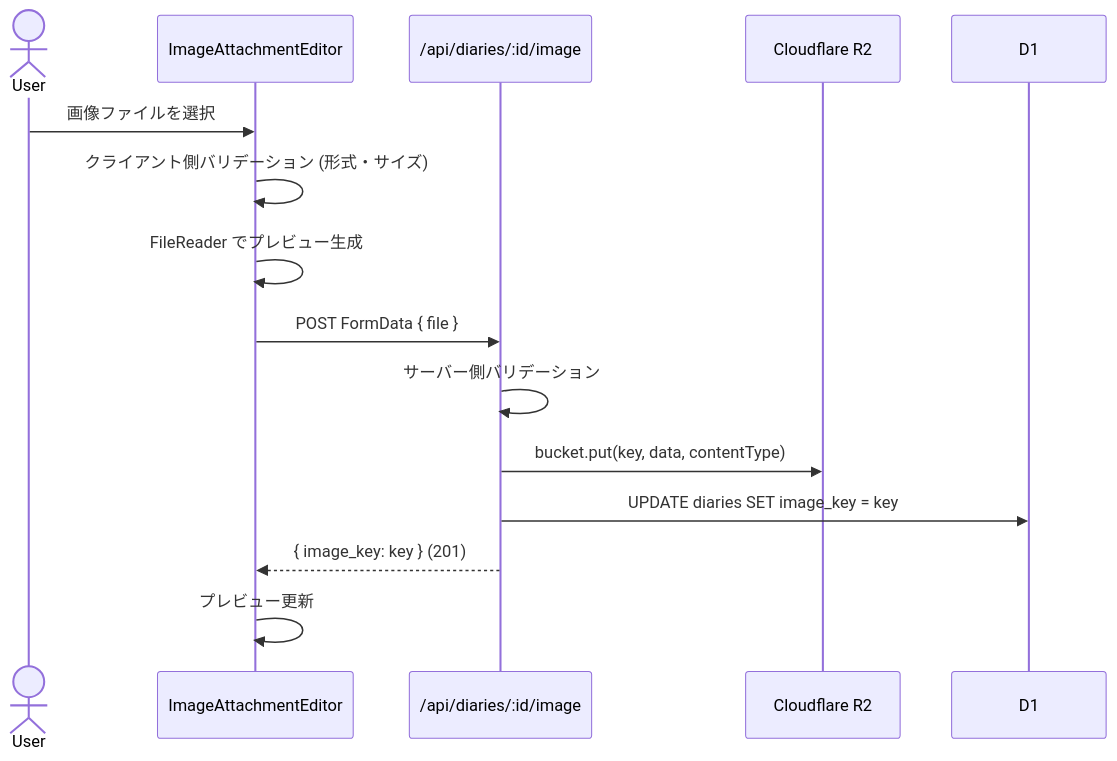
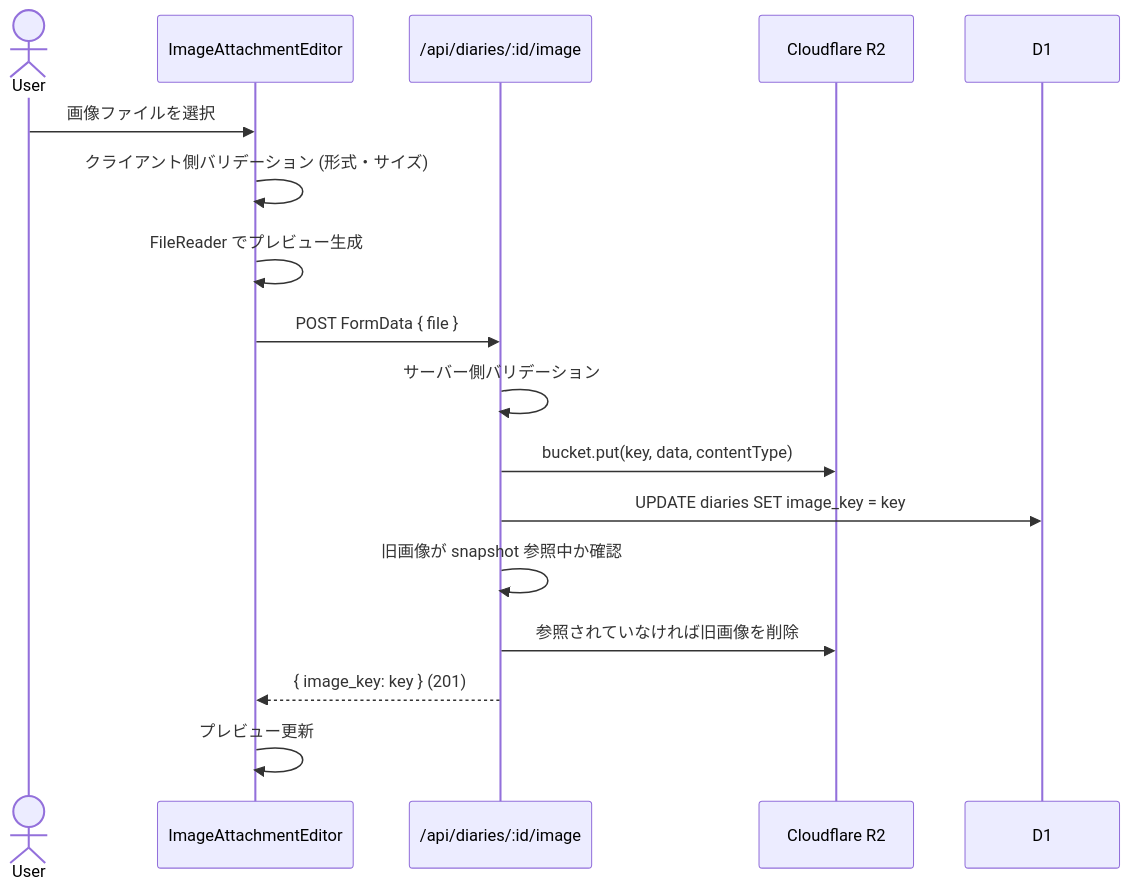
One commit to shimabox/400-diary changed the first of 5 diagrams in docs/architecture/image-upload.md. Above: the diagram before and after it, drawn with Mermaid. The commit also changed other lines of this file and 4 other files, not shown here.

Commit message:
architecture docsを現行実装に揃える (#45)

````diff
--- a/docs/architecture/image-upload.md
+++ b/docs/architecture/image-upload.md
@@ -34,18 +34,20 @@
 ```mermaid
 sequenceDiagram
     actor User
     participant ImageEditor as ImageAttachmentEditor
     participant API as /api/diaries/:id/image
     participant R2 as Cloudflare R2
     participant DB as D1
 
     User->>ImageEditor: 画像ファイルを選択
     ImageEditor->>ImageEditor: クライアント側バリデーション (形式・サイズ)
     ImageEditor->>ImageEditor: FileReader でプレビュー生成
     ImageEditor->>API: POST FormData { file }
     API->>API: サーバー側バリデーション
     API->>R2: bucket.put(key, data, contentType)
     API->>DB: UPDATE diaries SET image_key = key
+    API->>API: 旧画像が snapshot 参照中か確認
+    API->>R2: 参照されていなければ旧画像を削除
     API-->>ImageEditor: { image_key: key } (201)
     ImageEditor->>ImageEditor: プレビュー更新
 ```
````
